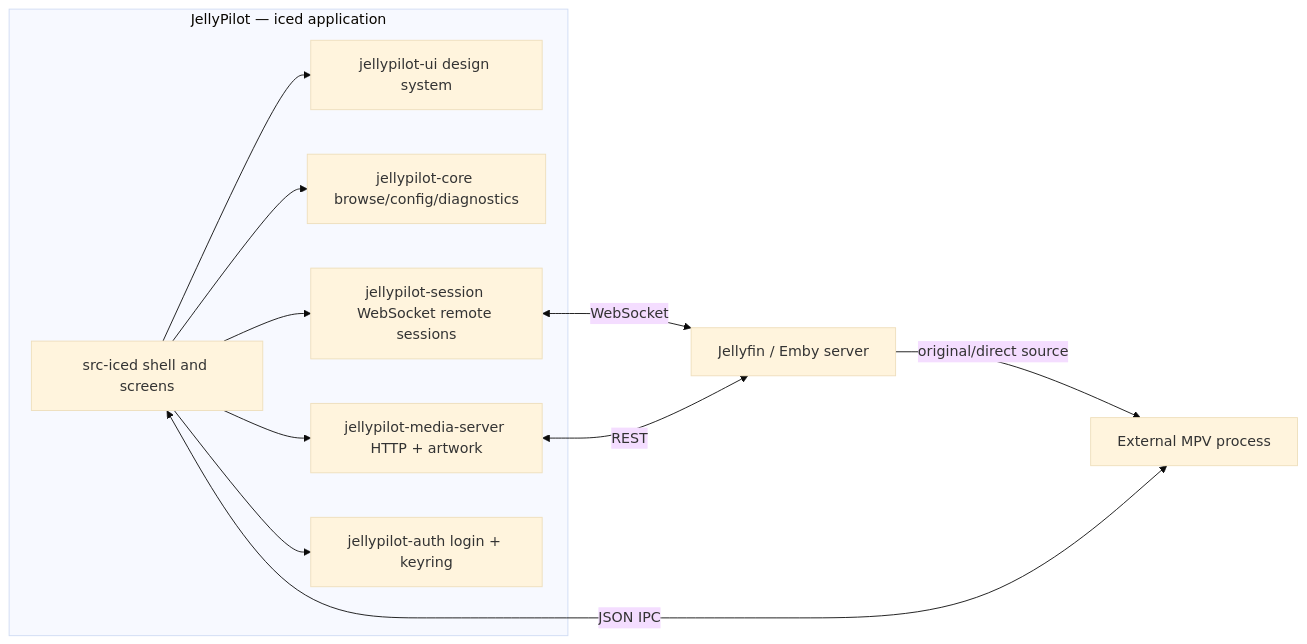
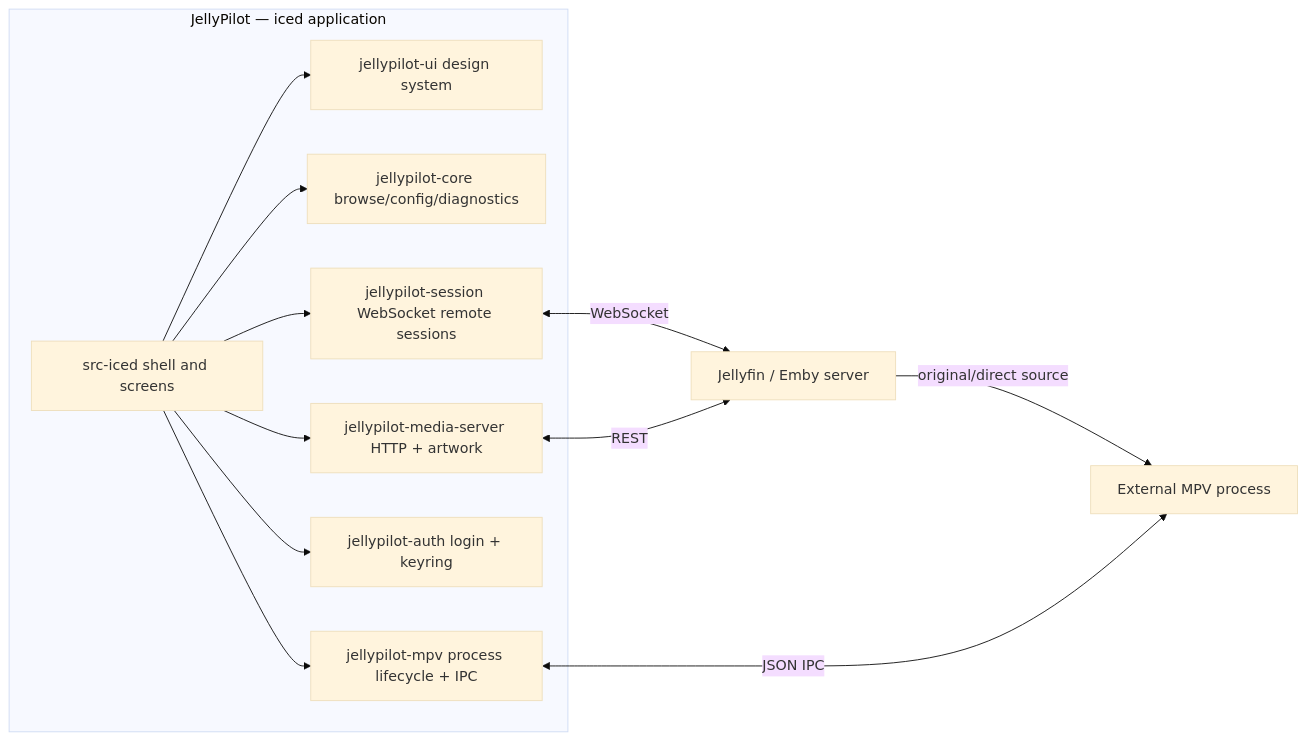
Before and after one commit to hewel/jellypilot: the diagram in README.md, drawn with Mermaid (base theme). The commit also changed other lines of this file and 25 other files, not shown here.

````diff
--- a/README.md
+++ b/README.md
@@ -111,21 +143,23 @@
 ```mermaid
 flowchart LR
     subgraph JellyPilot[JellyPilot — iced application]
         App[src-iced shell and screens]
         UI[jellypilot-ui design system]
         Core[jellypilot-core browse/config/diagnostics]
         Session[jellypilot-session WebSocket remote sessions]
         MS[jellypilot-media-server HTTP + artwork]
         Auth[jellypilot-auth login + keyring]
+        Mpv[jellypilot-mpv process lifecycle + IPC]
         App --> UI
         App --> Core
         App --> Session
         App --> MS
         App --> Auth
+        App --> Mpv
     end
 
     Session <-->|WebSocket| Server[Jellyfin / Emby server]
     MS <-->|REST| Server
     Server -->|original/direct source| MPV[External MPV process]
-    App <-->|JSON IPC| MPV
+    Mpv <-->|JSON IPC| MPV
 ```
````
